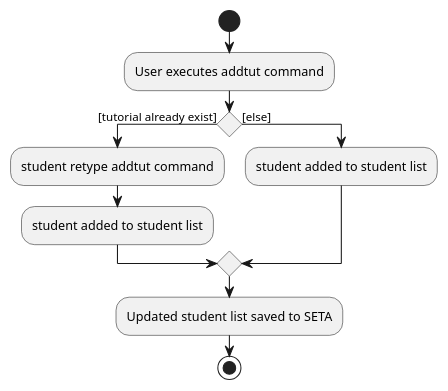
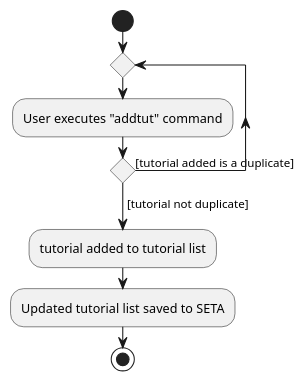
One commit to nus-cs2103-AY2223S1/tp changed the diagram in docs/diagrams/AddTutorialActivityDiagram.puml. Above: the diagram before and after it, drawn with PlantUML. The commit also changed 1 other file, not shown here.

```diff
--- a/docs/diagrams/AddTutorialActivityDiagram.puml
+++ b/docs/diagrams/AddTutorialActivityDiagram.puml
@@ -1,17 +1,14 @@
 @startuml
-'https://plantuml.com/activity-diagram-beta
+start
 
-start
-:User executes addtut command;
-if () then ([tutorial already exist])
-  :student retype addtut command;
-  :student added to student list;
-else ([else])
-    :student added to student list;
-endif
+repeat
+:User executes "addtut" command;
+repeat while () is ([tutorial added is a duplicate])
+-> [tutorial not duplicate];
 
-:Updated student list saved to SETA;
+:tutorial added to tutorial list;
+
+:Updated tutorial list saved to SETA;
 
 stop
-
 @enduml
```
